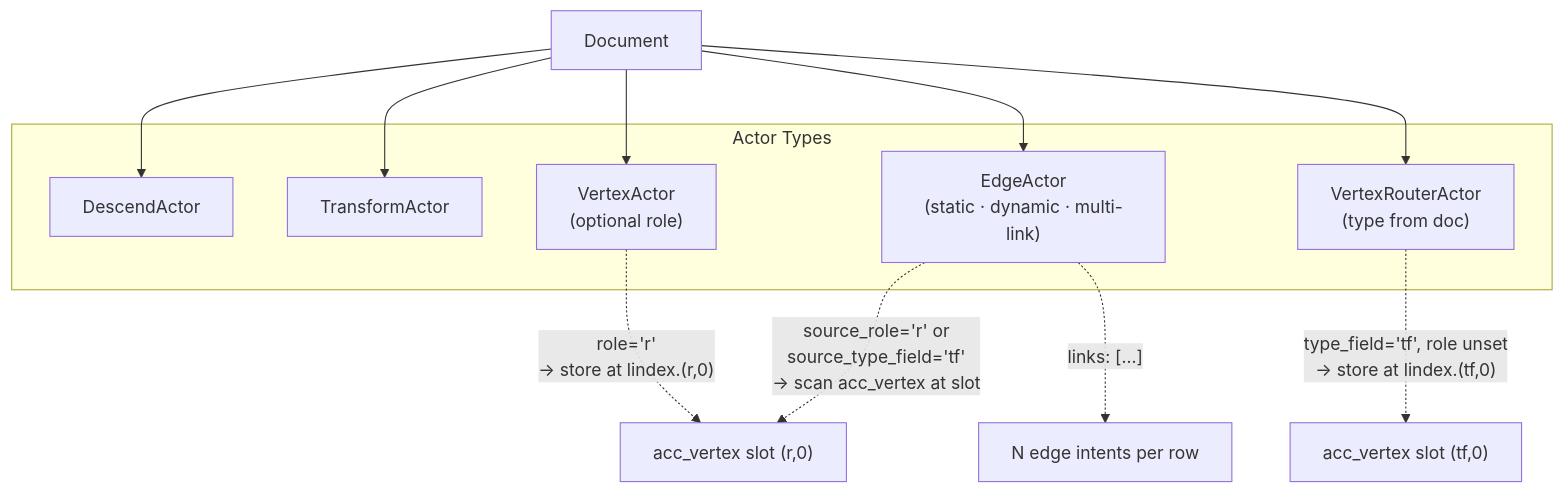
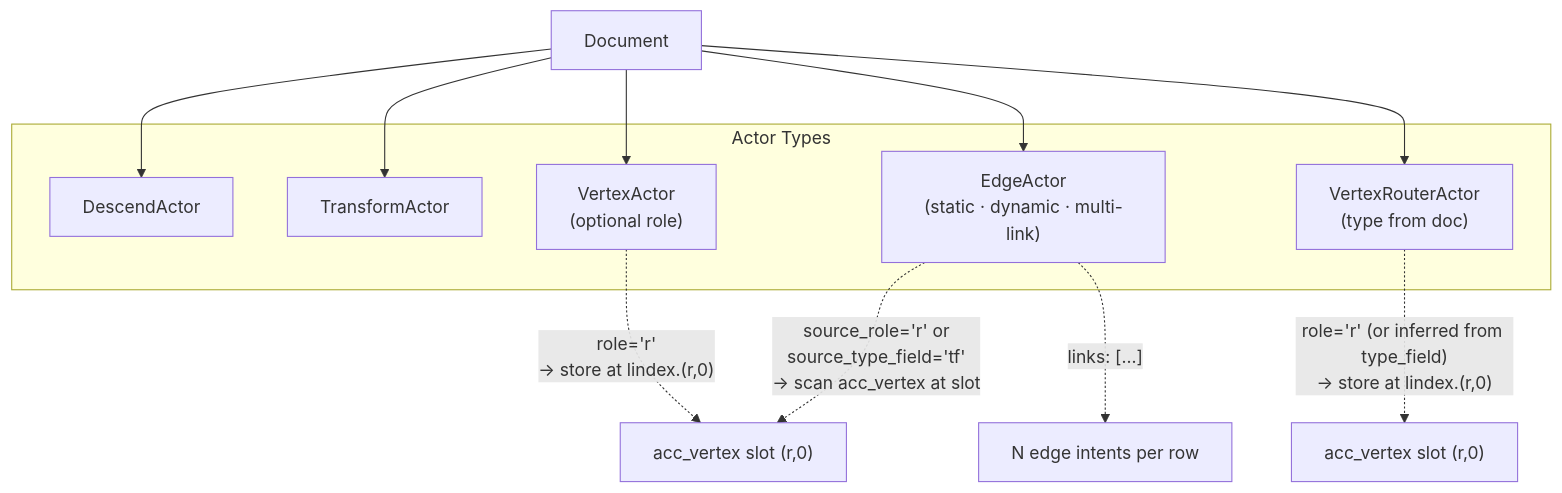
One commit to growgraph/graflo changed the seventh of 8 diagrams in docs/concepts/index.md. Above: the diagram before and after it, drawn with Mermaid. The commit also changed other lines of this file and 76 other files, not shown here.

First line of the commit message:
251 clarification on role for vertex edge assembly (#252)

````diff
--- a/docs/concepts/index.md
+++ b/docs/concepts/index.md
@@ -635,19 +636,19 @@
 ```mermaid
 flowchart TB
     subgraph actors [Actor Types]
         D[DescendActor]
         T[TransformActor]
         V["VertexActor\n(optional role)"]
         E["EdgeActor\n(static · dynamic · multi-link)"]
         VR["VertexRouterActor\n(type from doc)"]
     end
     Doc[Document] --> D
     Doc --> T
     Doc --> V
     Doc --> E
     Doc --> VR
     V -.->|"role='r'\n→ store at lindex.(r,0)"| slot_r["acc_vertex slot (r,0)"]
-    VR -.->|"type_field='tf', role unset\n→ store at lindex.(tf,0)"| slot_tf["acc_vertex slot (tf,0)"]
+    VR -.->|"role='r' (or inferred from type_field)\n→ store at lindex.(r,0)"| slot_tf["acc_vertex slot (r,0)"]
     E -.->|"source_role='r' or\nsource_type_field='tf'\n→ scan acc_vertex at slot"| slot_r
     E -.->|"links: [...]"| multi["N edge intents per row"]
 ```
````
